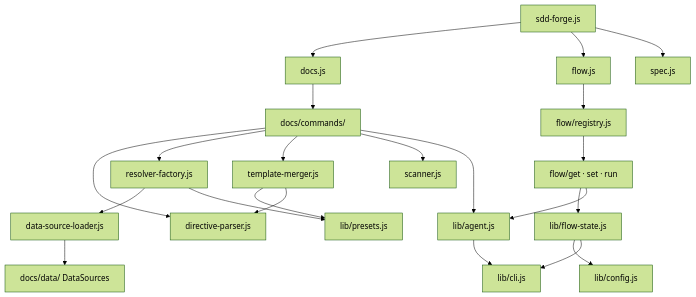
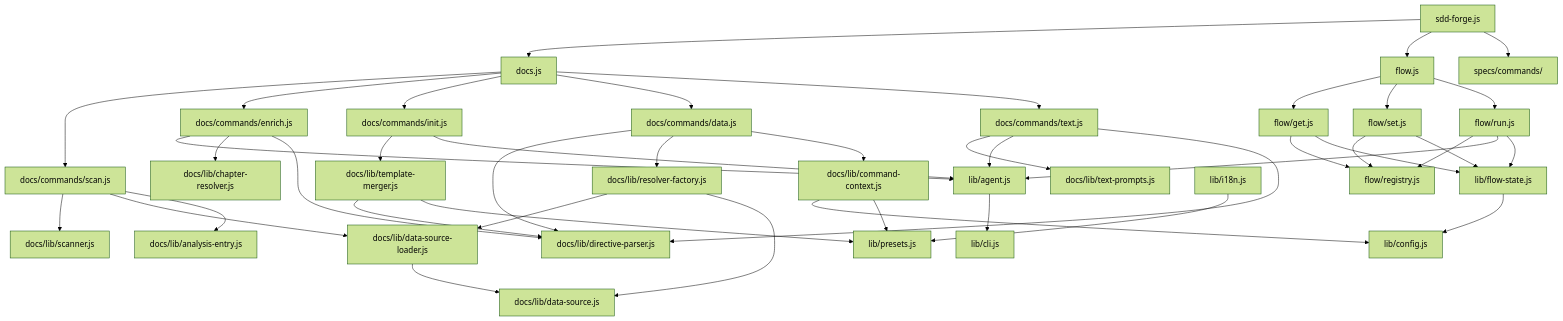
One commit to SpreadWorks/sdd-forge changed the diagram in docs/internal_design.md. Above: the diagram before and after it, drawn with Mermaid (forest theme). The commit also changed other lines of this file and 8 other files, not shown here.

````diff
--- a/docs/internal_design.md
+++ b/docs/internal_design.md
@@ -140,29 +121,55 @@
 ```mermaid
 graph TD
-    CLI[sdd-forge.js] --> DOCS[docs.js]
-    CLI --> FLOW[flow.js]
-    CLI --> SPEC[spec.js]
+    Entry["sdd-forge.js"] --> DocsJS["docs.js"]
+    Entry --> FlowJS["flow.js"]
+    Entry --> SpecsCmds["specs/commands/"]
 
-    DOCS --> CMDS[docs/commands/]
-    FLOW --> REG[flow/registry.js]
-    REG --> FSUB[flow/get · set · run]
+    DocsJS --> scan["docs/commands/scan.js"]
+    DocsJS --> enrich["docs/commands/enrich.js"]
+    DocsJS --> init["docs/commands/init.js"]
+    DocsJS --> data["docs/commands/data.js"]
+    DocsJS --> text["docs/commands/text.js"]
 
-    CMDS --> DP[directive-parser.js]
-    CMDS --> RF[resolver-factory.js]
-    CMDS --> TM[template-merger.js]
-    CMDS --> SC[scanner.js]
-    CMDS --> AG[lib/agent.js]
+    scan --> scanner["docs/lib/scanner.js"]
+    scan --> dsLoader["docs/lib/data-source-loader.js"]
+    scan --> analysisEntry["docs/lib/analysis-entry.js"]
 
-    RF --> DSL[data-source-loader.js]
-    RF --> PR[lib/presets.js]
-    TM --> PR
-    TM --> DP
-    DSL --> DS[docs/data/ DataSources]
+    enrich --> agent["lib/agent.js"]
+    enrich --> chapterResolver["docs/lib/chapter-resolver.js"]
+    enrich --> directiveParser["docs/lib/directive-parser.js"]
 
-    FSUB --> FS[lib/flow-state.js]
-    FSUB --> AG
+    init --> templateMerger["docs/lib/template-merger.js"]
+    init --> agent
 
-    AG --> CL[lib/cli.js]
-    FS --> CF[lib/config.js]
-    FS --> CL
+    data --> directiveParser
+    data --> resolverFactory["docs/lib/resolver-factory.js"]
+    data --> commandCtx["docs/lib/command-context.js"]
+
+    text --> textPrompts["docs/lib/text-prompts.js"]
+    text --> agent
+    text --> directiveParser
+
+    resolverFactory --> dsLoader
+    resolverFactory --> DataSource["docs/lib/data-source.js"]
+    dsLoader --> DataSource
+    templateMerger --> directiveParser
+    templateMerger --> presets["lib/presets.js"]
+
+    FlowJS --> flowGet["flow/get.js"]
+    FlowJS --> flowSet["flow/set.js"]
+    FlowJS --> flowRun["flow/run.js"]
+    flowGet --> registry["flow/registry.js"]
+    flowSet --> registry
+    flowRun --> registry
+
+    flowGet --> flowState["lib/flow-state.js"]
+    flowSet --> flowState
+    flowRun --> agent
+    flowRun --> flowState
+
+    agent --> cli["lib/cli.js"]
+    flowState --> config["lib/config.js"]
+    i18n["lib/i18n.js"] --> presets
+    commandCtx --> config
+    commandCtx --> presets
 ```
````
